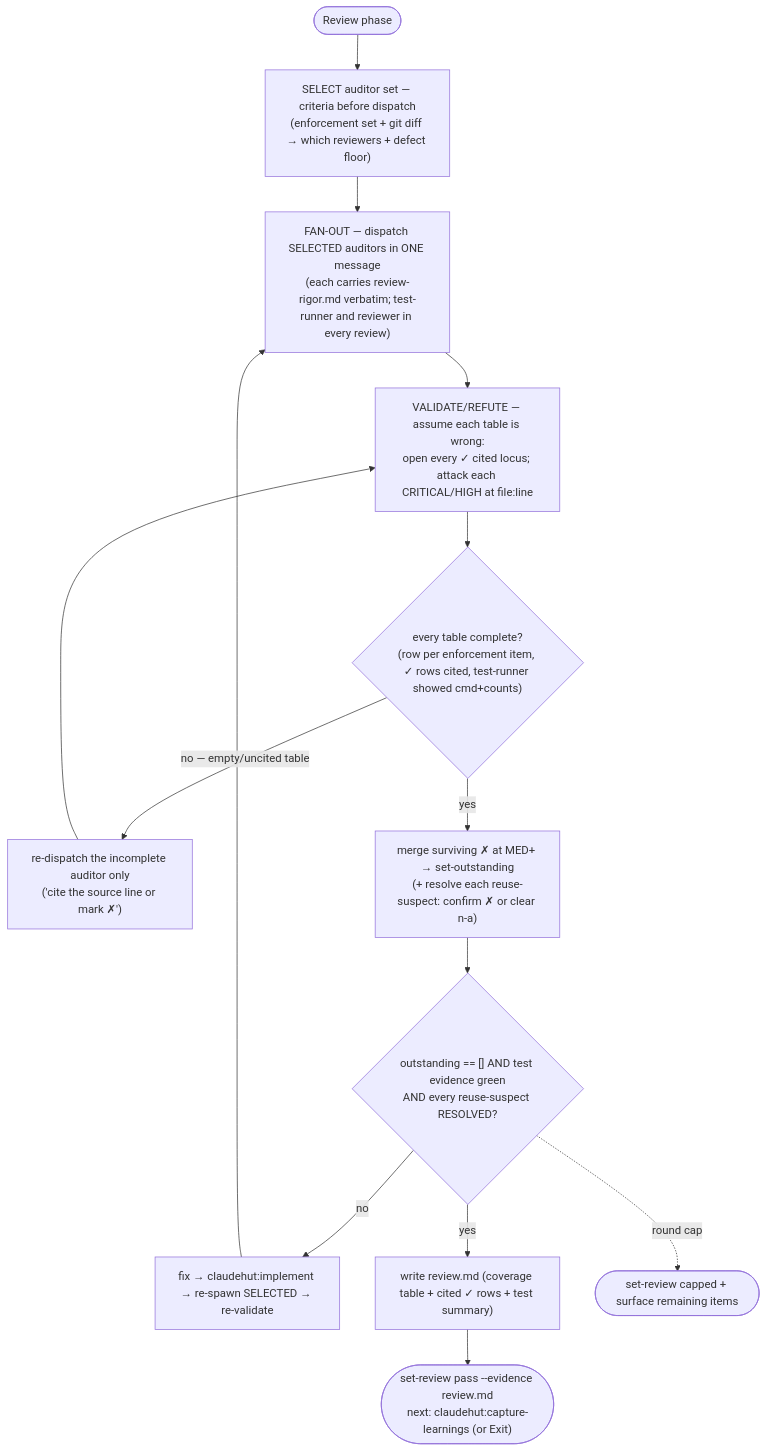
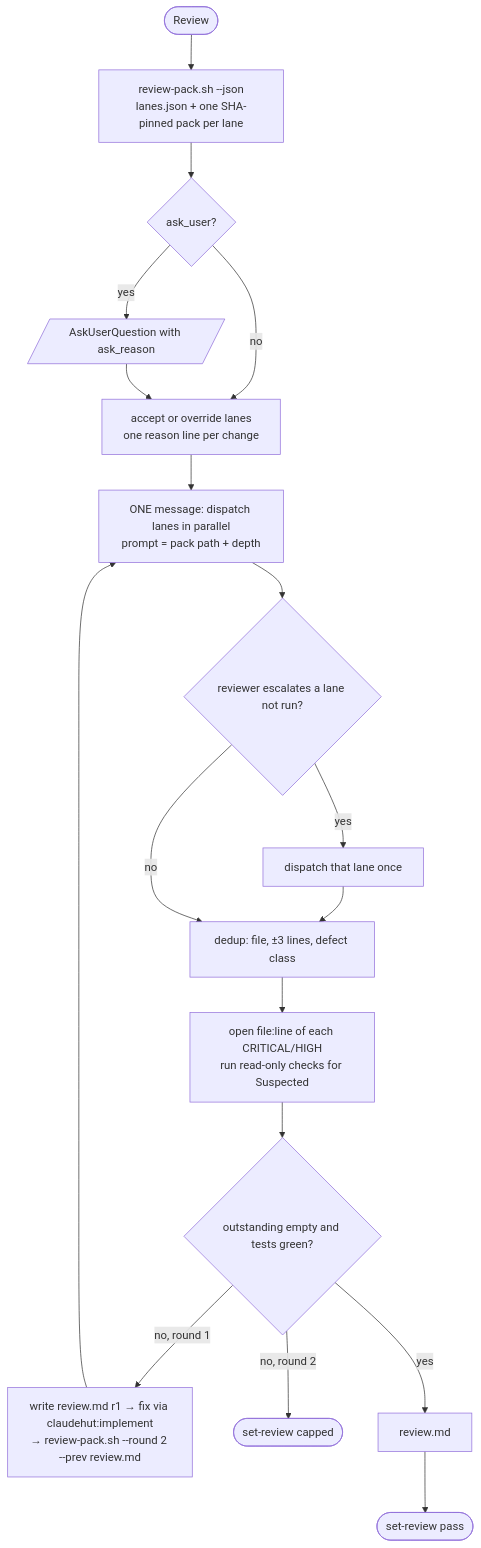
Before and after one commit to taipt1504/claudehut: the diagram in skills/review/SKILL.md, drawn with Mermaid. The commit also changed other lines of this file and 297 other files, not shown here.

First line of the commit message:
feat(review): select review lanes from the diff and trim the roster to 5 (M4)

````diff
--- a/skills/review/SKILL.md
+++ b/skills/review/SKILL.md
@@ -29,16 +14,17 @@
 ```mermaid
 flowchart TB
-    start([Review phase]) --> lock["SELECT auditor set — criteria before dispatch<br/>(enforcement set + git diff → which reviewers + defect floor)"]
-    lock --> fan["FAN-OUT — dispatch SELECTED auditors in ONE message<br/>(each carries review-rigor.md verbatim; test-runner and reviewer in every review)"]
-    fan --> crit["VALIDATE/REFUTE — assume each table is wrong:<br/>open every ✓ cited locus; attack each CRITICAL/HIGH at file:line"]
-    crit --> complete{"every table complete?<br/>(row per enforcement item, ✓ rows cited, test-runner showed cmd+counts)"}
-    complete -- "no — empty/uncited table" --> redis["re-dispatch the incomplete auditor only<br/>('cite the source line or mark ✗')"]
-    redis --> crit
-    complete -- "yes" --> merge["merge surviving ✗ at MED+ → set-outstanding<br/>(+ resolve each reuse-suspect: confirm ✗ or clear n-a)"]
-    merge --> conv{"outstanding == [] AND test evidence green<br/>AND every reuse-suspect RESOLVED?"}
-    conv -- "no" --> fix["fix → claudehut:implement → re-spawn SELECTED → re-validate"]
-    fix --> fan
-    conv -- "yes" --> rec["write review.md (coverage table + cited ✓ rows + test summary)"]
-    rec --> pass(["set-review pass --evidence review.md<br/>next: claudehut:capture-learnings (or Exit)"])
-    conv -. "round cap" .-> capped(["set-review capped + surface remaining items"])
+  s(["Review"]) --> pk["review-pack.sh --json<br/>lanes.json + one SHA-pinned pack per lane"]
+  pk --> big{"ask_user?"}
+  big -- yes --> ask[/"AskUserQuestion with ask_reason"/]
+  big -- no --> sel["accept or override lanes<br/>one reason line per change"]
+  ask --> sel
+  sel --> fan["ONE message: dispatch lanes in parallel<br/>prompt = pack path + depth"]
+  fan --> esc{"reviewer escalates a lane not run?"}
+  esc -- yes --> add["dispatch that lane once"] --> ded
+  esc -- no --> ded["dedup: file, ±3 lines, defect class"]
+  ded --> ver["open file:line of each CRITICAL/HIGH<br/>run read-only checks for Suspected"]
+  ver --> ok{"outstanding empty and tests green?"}
+  ok -- "no, round 1" --> fix["write review.md r1 → fix via claudehut:implement<br/>→ review-pack.sh --round 2 --prev review.md"] --> fan
+  ok -- "no, round 2" --> cap(["set-review capped"])
+  ok -- yes --> rec["review.md"] --> pass(["set-review pass"])
 ```
````
